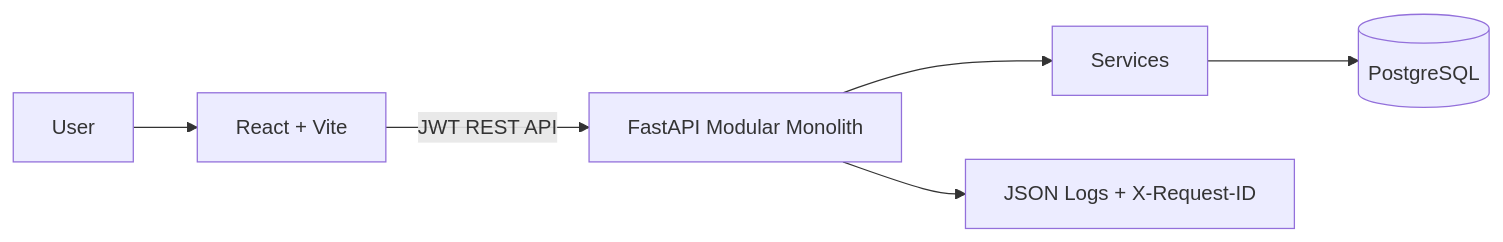
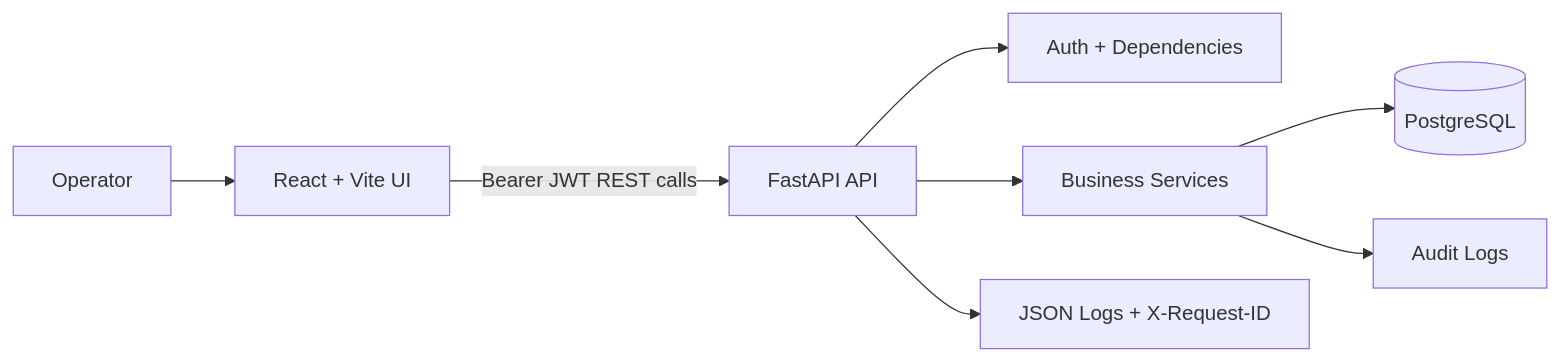
One commit to KrishAryan12/stockroom changed the first of 3 diagrams in README.md. Above: the diagram before and after it, drawn with Mermaid. The commit also changed other lines of this file and 18 other files, not shown here.

````diff
--- a/README.md
+++ b/README.md
@@ -17,8 +89,10 @@
 ```mermaid
 flowchart LR
-  U[User] --> F[React + Vite]
-  F -->|JWT REST API| B[FastAPI Modular Monolith]
-  B --> S[Services]
-  S --> DB[(PostgreSQL)]
-  B --> L[JSON Logs + X-Request-ID]
+  User[Operator] --> Frontend[React + Vite UI]
+  Frontend -->|Bearer JWT REST calls| API[FastAPI API]
+  API --> Auth[Auth + Dependencies]
+  API --> Services[Business Services]
+  Services --> Database[(PostgreSQL)]
+  Services --> Audit[Audit Logs]
+  API --> Logs[JSON Logs + X-Request-ID]
 ```
````
